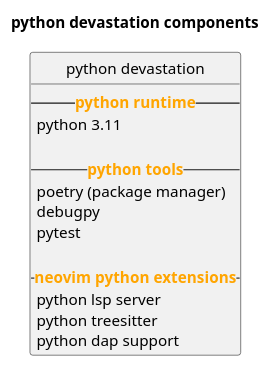
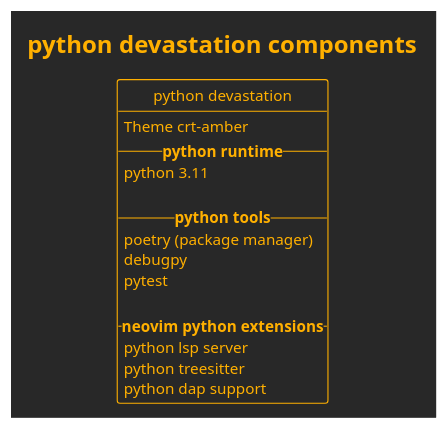
One commit to this-kirke/devastation changed the diagram in docs/src/python_architecture.puml. Above: the diagram before and after it, drawn with PlantUML. The commit also changed 13 other files, not shown here.

```diff
--- a/docs/src/python_architecture.puml
+++ b/docs/src/python_architecture.puml
@@ -1,24 +1,26 @@
 @startuml python_architecture
 
+!theme crt-amber
 
 title python devastation components
 
 hide circle
 hide stereotypes
 
 class "python devastation" as PyDev {
-  -- <color:ORANGE><b>python runtime</b></color> --
+  Theme crt-amber
+  -- <b>python runtime</b> --
   python 3.11
   
-  -- <color:ORANGE><b>python tools</b></color> --
+  -- <b>python tools</b> --
   poetry (package manager)
   debugpy
   pytest
   
-  -- <color:ORANGE><b>neovim python extensions</b></color> --
+  -- <b>neovim python extensions</b> --
   python lsp server
   python treesitter
   python dap support
 }
 
 @enduml
```
